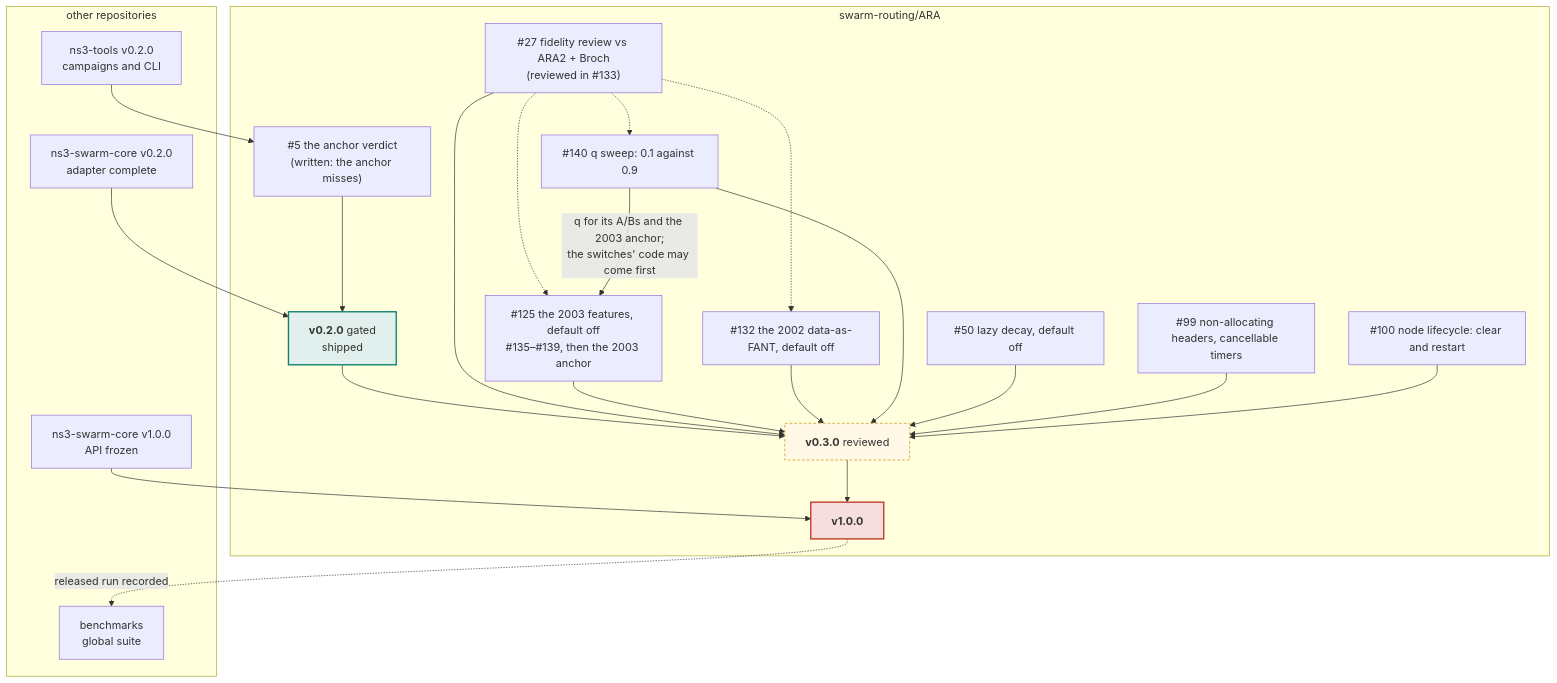
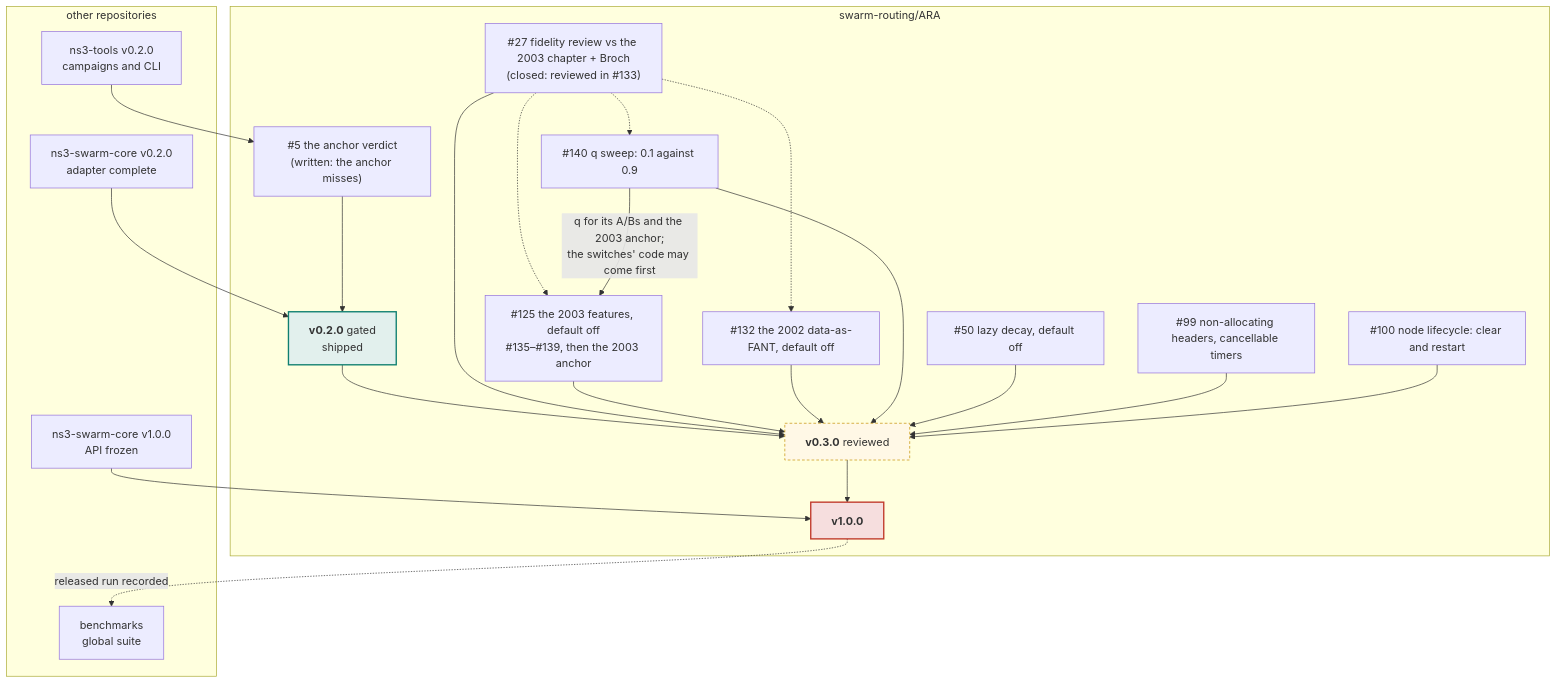
The second of 2 diagrams in docs/roadmap.md (swarm-routing/ARA), drawn with Mermaid before and after one commit. The commit also changed other lines of this file, not shown here.

First paragraph of the commit message:
docs(roadmap): v0.3.0 exit criteria, and #27 closed (#259)
Part of #231 (handoff step 1: compare the v0.3.0 row with the open
`release:v0.3.0` issues; fix #27's text in the first PR).

````diff
--- a/docs/roadmap.md
+++ b/docs/roadmap.md
@@ -68,45 +68,45 @@
 ```mermaid
 flowchart TB
     subgraph ARA["swarm-routing/ARA"]
         I5["#5 the anchor verdict<br/>(written: the anchor misses)"]
-        I27["#27 fidelity review vs ARA2 + Broch<br/>(reviewed in #133)"]
+        I27["#27 fidelity review vs the 2003 chapter + Broch<br/>(closed: reviewed in #133)"]
         I125["#125 the 2003 features, default off<br/>#135–#139, then the 2003 anchor"]
         I132["#132 the 2002 data-as-FANT, default off"]
         I140["#140 q sweep: 0.1 against 0.9"]
         I50["#50 lazy decay, default off"]
         I99["#99 non-allocating headers, cancellable timers"]
         I100["#100 node lifecycle: clear and restart"]
         V02["<b>v0.2.0</b> gated<br/>shipped"]
         V03["<b>v0.3.0</b> reviewed"]
         V10["<b>v1.0.0</b>"]
     end
     subgraph XR["other repositories"]
         T02["ns3-tools v0.2.0<br/>campaigns and CLI"]
         S02["ns3-swarm-core v0.2.0<br/>adapter complete"]
         S10["ns3-swarm-core v1.0.0<br/>API frozen"]
         BM["benchmarks<br/>global suite"]
     end
 
     I5 --> V02
     T02 --> I5
     S02 --> V02
     V02 --> V03
     I27 --> V03
     I27 -.-> I125
     I27 -.-> I132
     I27 -.-> I140
     I140 -->|"q for its A/Bs and the 2003 anchor;<br/>the switches' code may come first"| I125
     I125 --> V03
     I132 --> V03
     I140 --> V03
     I50 --> V03
     I99 --> V03
     I100 --> V03
     V03 --> V10
     S10 --> V10
     V10 -.->|"released run recorded"| BM
 
     style V02 fill:#e2f0ed,stroke:#0f7f70,stroke-width:2px
     style V03 fill:#fff8e6,stroke:#c48f00,stroke-dasharray:4 3
     style V10 fill:#f6dede,stroke:#c0392b,stroke-width:2px
 ```
````
